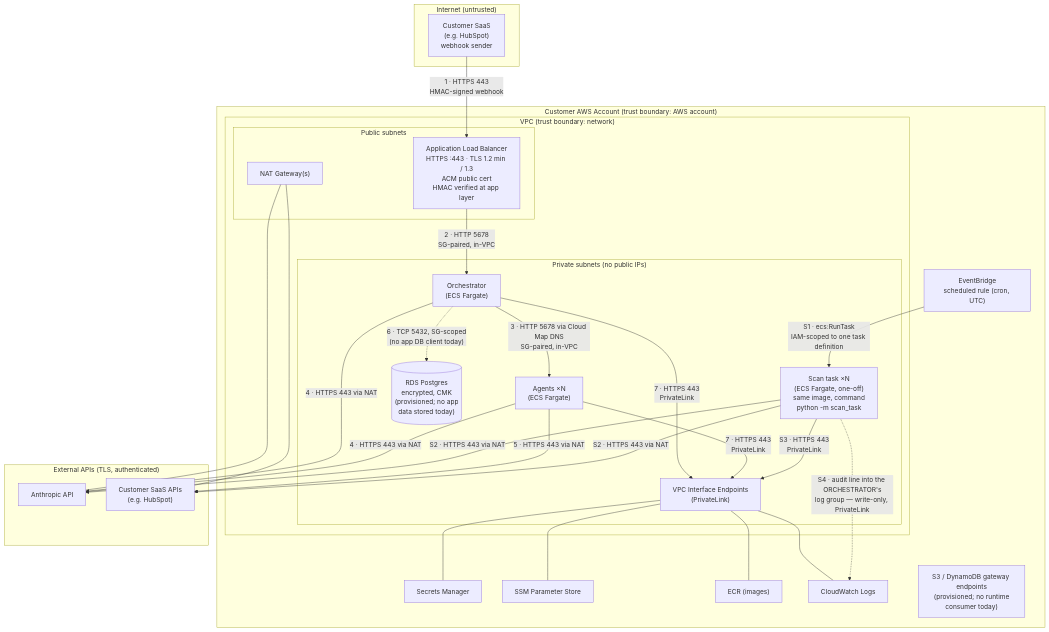
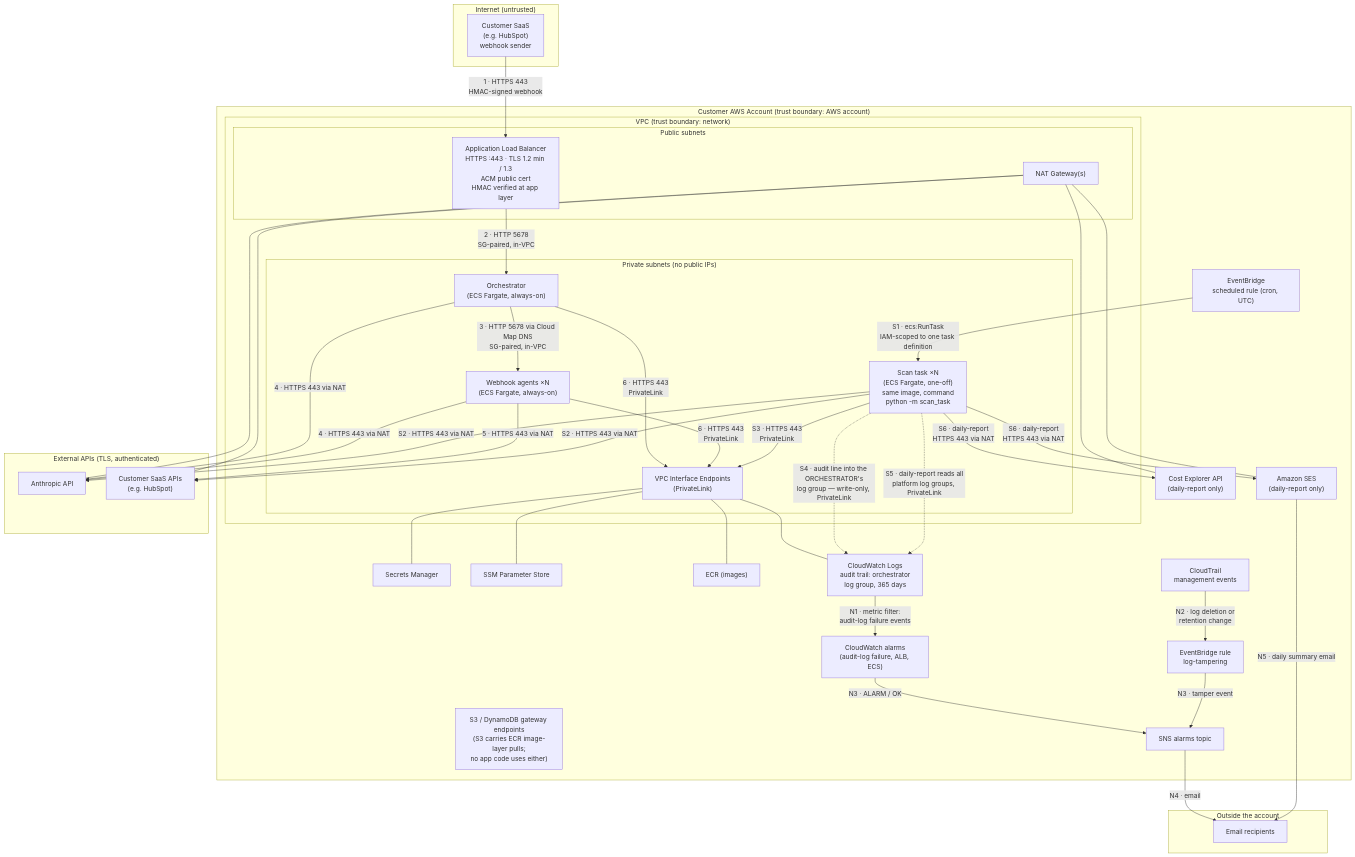
One commit to revenue-growth-ai-org/rg-ai-agent-platform-docs changed the diagram in docs/security/data-flow.md. Above: the diagram before and after it, drawn with Mermaid. The commit also changed other lines of this file, not shown here.

First line of the commit message:
docs(security): bring the data-flow page up to date after the hardening work (#23)

````diff
--- a/docs/security/data-flow.md
+++ b/docs/security/data-flow.md
@@ -18,55 +23,75 @@
 ```mermaid
 flowchart TB
     subgraph INTERNET["Internet (untrusted)"]
         SAAS["Customer SaaS<br/>(e.g. HubSpot)<br/>webhook sender"]
     end
 
     subgraph CUSTACCT["Customer AWS Account (trust boundary: AWS account)"]
         subgraph VPC["VPC (trust boundary: network)"]
             subgraph PUB["Public subnets"]
                 ALB["Application Load Balancer<br/>HTTPS :443 · TLS 1.2 min / 1.3<br/>ACM public cert<br/>HMAC verified at app layer"]
                 NAT["NAT Gateway(s)"]
             end
             subgraph PRIV["Private subnets (no public IPs)"]
-                ORCH["Orchestrator<br/>(ECS Fargate)"]
-                AGENTS["Agents ×N<br/>(ECS Fargate)"]
-                RDS[("RDS Postgres<br/>encrypted, CMK<br/>(provisioned; no app<br/>data stored today)")]
+                ORCH["Orchestrator<br/>(ECS Fargate, always-on)"]
+                AGENTS["Webhook agents ×N<br/>(ECS Fargate, always-on)"]
                 SCAN["Scan task ×N<br/>(ECS Fargate, one-off)<br/>same image, command<br/>python -m scan_task"]
                 VPCE["VPC Interface Endpoints<br/>(PrivateLink)"]
             end
         end
         SM["Secrets Manager"]
         SSM["SSM Parameter Store"]
         ECR["ECR (images)"]
-        CWL["CloudWatch Logs"]
+        CWL["CloudWatch Logs<br/>audit trail: orchestrator<br/>log group, 365 days"]
         EVB["EventBridge<br/>scheduled rule (cron, UTC)"]
-        S3G["S3 / DynamoDB gateway endpoints<br/>(provisioned; no runtime<br/>consumer today)"]
+        S3G["S3 / DynamoDB gateway endpoints<br/>(S3 carries ECR image-layer pulls;<br/>no app code uses either)"]
+        CT["CloudTrail<br/>management events"]
+        EVT["EventBridge rule<br/>log-tampering"]
+        CWA["CloudWatch alarms<br/>(audit-log failure, ALB, ECS)"]
+        SNS["SNS alarms topic"]
+        SES["Amazon SES<br/>(daily-report only)"]
+        CE["Cost Explorer API<br/>(daily-report only)"]
     end
 
     subgraph EXT["External APIs (TLS, authenticated)"]
         ANTH["Anthropic API"]
         CRM["Customer SaaS APIs<br/>(e.g. HubSpot)"]
+    end
+
+    subgraph OUTSIDE["Outside the account"]
+        MAIL["Email recipients"]
     end
 
     SAAS -- "1 · HTTPS 443<br/>HMAC-signed webhook" --> ALB
     ALB -- "2 · HTTP 5678<br/>SG-paired, in-VPC" --> ORCH
     ORCH -- "3 · HTTP 5678 via Cloud Map DNS<br/>SG-paired, in-VPC" --> AGENTS
     ORCH -- "4 · HTTPS 443 via NAT" --> ANTH
     AGENTS -- "4 · HTTPS 443 via NAT" --> ANTH
     AGENTS -- "5 · HTTPS 443 via NAT" --> CRM
-    ORCH -. "6 · TCP 5432, SG-scoped<br/>(no app DB client today)" .-> RDS
-    ORCH -- "7 · HTTPS 443<br/>PrivateLink" --> VPCE
-    AGENTS -- "7 · HTTPS 443<br/>PrivateLink" --> VPCE
+    ORCH -- "6 · HTTPS 443<br/>PrivateLink" --> VPCE
+    AGENTS -- "6 · HTTPS 443<br/>PrivateLink" --> VPCE
     VPCE --- SM
     VPCE --- SSM
     VPCE --- ECR
     VPCE --- CWL
     NAT --- ANTH
     NAT --- CRM
+    NAT --- SES
+    NAT --- CE
 
     EVB -- "S1 · ecs:RunTask<br/>IAM-scoped to one task definition" --> SCAN
     SCAN -- "S2 · HTTPS 443 via NAT" --> ANTH
     SCAN -- "S2 · HTTPS 443 via NAT" --> CRM
     SCAN -- "S3 · HTTPS 443<br/>PrivateLink" --> VPCE
     SCAN -. "S4 · audit line into the ORCHESTRATOR's<br/>log group — write-only, PrivateLink" .-> CWL
+    SCAN -. "S5 · daily-report reads all<br/>platform log groups, PrivateLink" .-> CWL
+    SCAN -- "S6 · daily-report<br/>HTTPS 443 via NAT" --> SES
+    SCAN -- "S6 · daily-report<br/>HTTPS 443 via NAT" --> CE
+
+    CWL -- "N1 · metric filter:<br/>audit-log failure events" --> CWA
+    CT -- "N2 · log deletion or<br/>retention change" --> EVT
+    CWA -- "N3 · ALARM / OK" --> SNS
+    EVT -- "N3 · tamper event" --> SNS
+    SNS -- "N4 · email" --> MAIL
+    SES -- "N5 · daily summary email" --> MAIL
 ```
````
